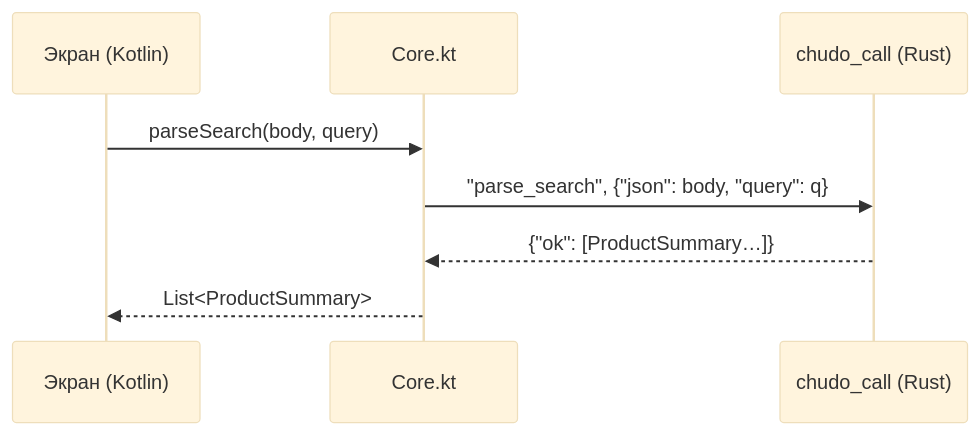
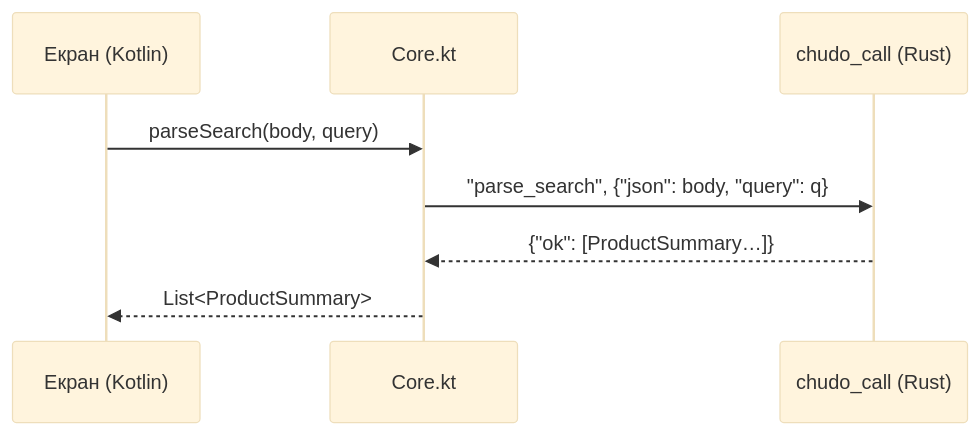
One commit to Nikifor3663636/chudoskan changed the second of 10 diagrams in ARCHITECTURE.md. Above: the diagram before and after it, drawn with Mermaid (base theme). The commit also changed other lines of this file and 1 other file, not shown here.

First line of the commit message:
README і ARCHITECTURE: новий вигляд, діаграми, актуальний стан 3.0

````diff
--- a/ARCHITECTURE.md
+++ b/ARCHITECTURE.md
@@ -109,10 +100,10 @@
 ```mermaid
 sequenceDiagram
-    participant UI as Экран (Kotlin)
+    participant UI as Екран (Kotlin)
     participant Core as Core.kt
     participant Rust as chudo_call (Rust)
     UI->>Core: parseSearch(body, query)
     Core->>Rust: "parse_search", {"json": body, "query": q}
     Rust-->>Core: {"ok": [ProductSummary…]}
     Core-->>UI: List<ProductSummary>
 ```
````
